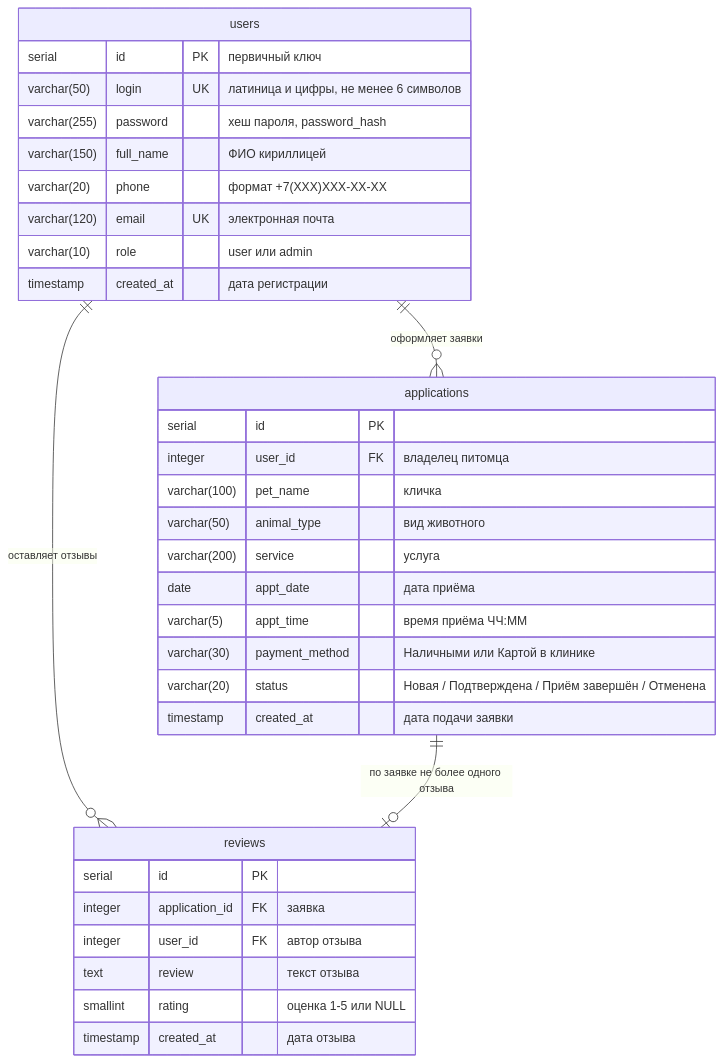
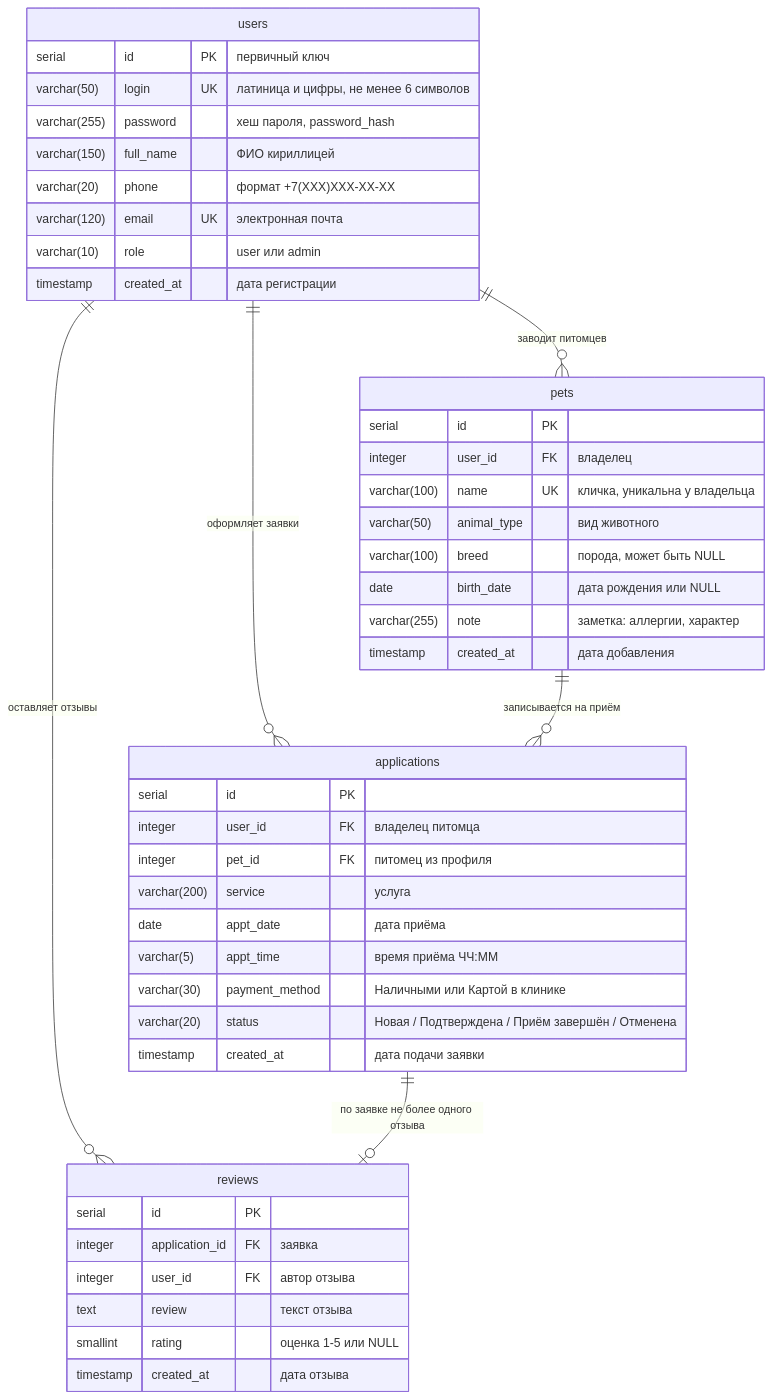
One commit to Lgyt7/Practic1 changed the diagram in backend/database/er_diagram.mmd. Above: the diagram before and after it, drawn with Mermaid. The commit also changed 13 other files, not shown here.

```diff
--- a/backend/database/er_diagram.mmd
+++ b/backend/database/er_diagram.mmd
@@ -1,42 +1,54 @@
 %% ER-диаграмма портала «Хвост и Лапы» в нотации Mermaid.
 %% Текстовое представление той же схемы, что и в er_diagram.png.
 %% Открыть можно в GitHub, VS Code (плагин Mermaid) или на mermaid.live.
 
 erDiagram
 
     users {
         serial        id PK "первичный ключ"
         varchar(50)   login UK "латиница и цифры, не менее 6 символов"
         varchar(255)  password "хеш пароля, password_hash"
         varchar(150)  full_name "ФИО кириллицей"
         varchar(20)   phone "формат +7(XXX)XXX-XX-XX"
         varchar(120)  email UK "электронная почта"
         varchar(10)   role "user или admin"
         timestamp     created_at "дата регистрации"
     }
 
+    pets {
+        serial        id PK
+        integer       user_id FK "владелец"
+        varchar(100)  name UK "кличка, уникальна у владельца"
+        varchar(50)   animal_type "вид животного"
+        varchar(100)  breed "порода, может быть NULL"
+        date          birth_date "дата рождения или NULL"
+        varchar(255)  note "заметка: аллергии, характер"
+        timestamp     created_at "дата добавления"
+    }
+
     applications {
         serial        id PK
         integer       user_id FK "владелец питомца"
-        varchar(100)  pet_name "кличка"
-        varchar(50)   animal_type "вид животного"
+        integer       pet_id FK "питомец из профиля"
         varchar(200)  service "услуга"
         date          appt_date "дата приёма"
         varchar(5)    appt_time "время приёма ЧЧ:ММ"
         varchar(30)   payment_method "Наличными или Картой в клинике"
         varchar(20)   status "Новая / Подтверждена / Приём завершён / Отменена"
         timestamp     created_at "дата подачи заявки"
     }
 
     reviews {
         serial        id PK
         integer       application_id FK "заявка"
         integer       user_id FK "автор отзыва"
         text          review "текст отзыва"
         smallint      rating "оценка 1-5 или NULL"
         timestamp     created_at "дата отзыва"
     }
 
+    users ||--o{ pets : "заводит питомцев"
     users ||--o{ applications : "оформляет заявки"
     users ||--o{ reviews : "оставляет отзывы"
+    pets ||--o{ applications : "записывается на приём"
     applications ||--o| reviews : "по заявке не более одного отзыва"
```
